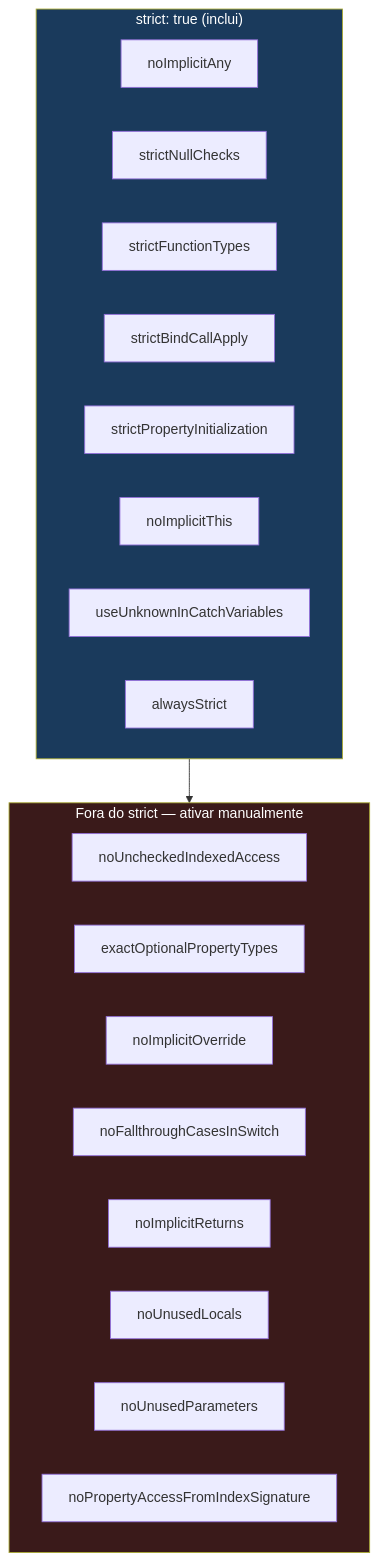
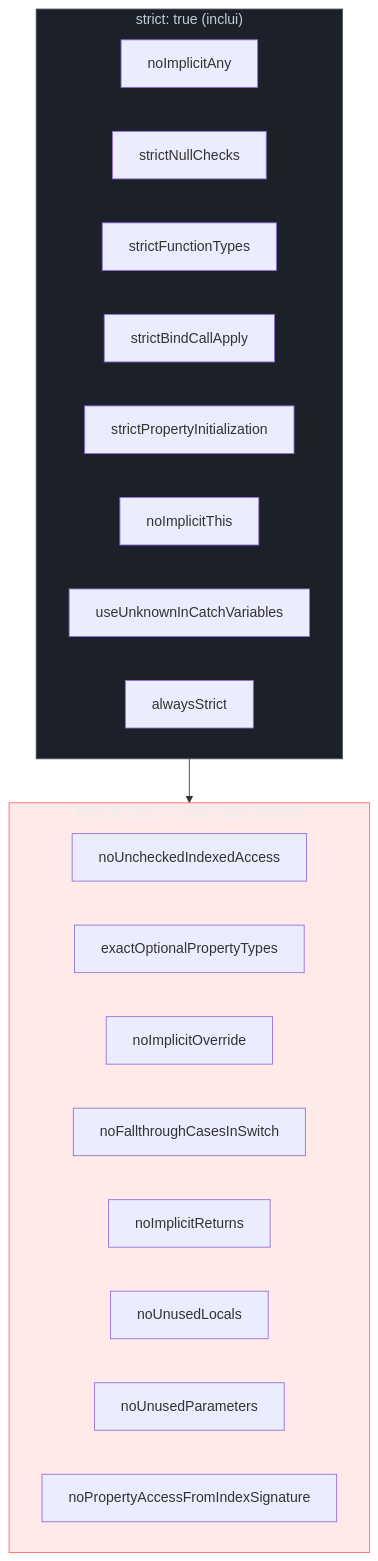
One commit to josenaldo/codex-technomanticus changed the third of 5 diagrams in 03-Dominios/Tecnologia/TypeScript/20 - tsconfig e strict mode a fundo.md. Above: the diagram before and after it, drawn with Mermaid. The commit also changed other lines of this file and 1181 other files, not shown here.

First line of the commit message:
fix(diagramas): paleta do sistema no lugar de cor cravada no markdown

````diff
--- a/03-Dominios/Tecnologia/TypeScript/20 - tsconfig e strict mode a fundo.md
+++ b/03-Dominios/Tecnologia/TypeScript/20 - tsconfig e strict mode a fundo.md
@@ -242,29 +242,31 @@
 ```mermaid
 flowchart TD
+    classDef neutro fill:#1B2029,stroke:#4E5666,color:#C6CCD8
+    classDef falha fill:#FF6B6B24,stroke:#FF6B6B,color:#E9ECF2
     subgraph STRICT["strict: true (inclui)"]
         S1[noImplicitAny]
         S2[strictNullChecks]
         S3[strictFunctionTypes]
         S4[strictBindCallApply]
         S5[strictPropertyInitialization]
         S6[noImplicitThis]
         S7[useUnknownInCatchVariables]
         S8[alwaysStrict]
     end
 
     subgraph EXTRA["Fora do strict — ativar manualmente"]
         E1[noUncheckedIndexedAccess]
         E2[exactOptionalPropertyTypes]
         E3[noImplicitOverride]
         E4[noFallthroughCasesInSwitch]
         E5[noImplicitReturns]
         E6[noUnusedLocals]
         E7[noUnusedParameters]
         E8[noPropertyAccessFromIndexSignature]
     end
 
     STRICT --> EXTRA
 
-    style STRICT fill:#1a3a5c,color:#fff
-    style EXTRA fill:#3a1a1a,color:#fff
+    class STRICT neutro
+    class EXTRA falha
 ```
````
